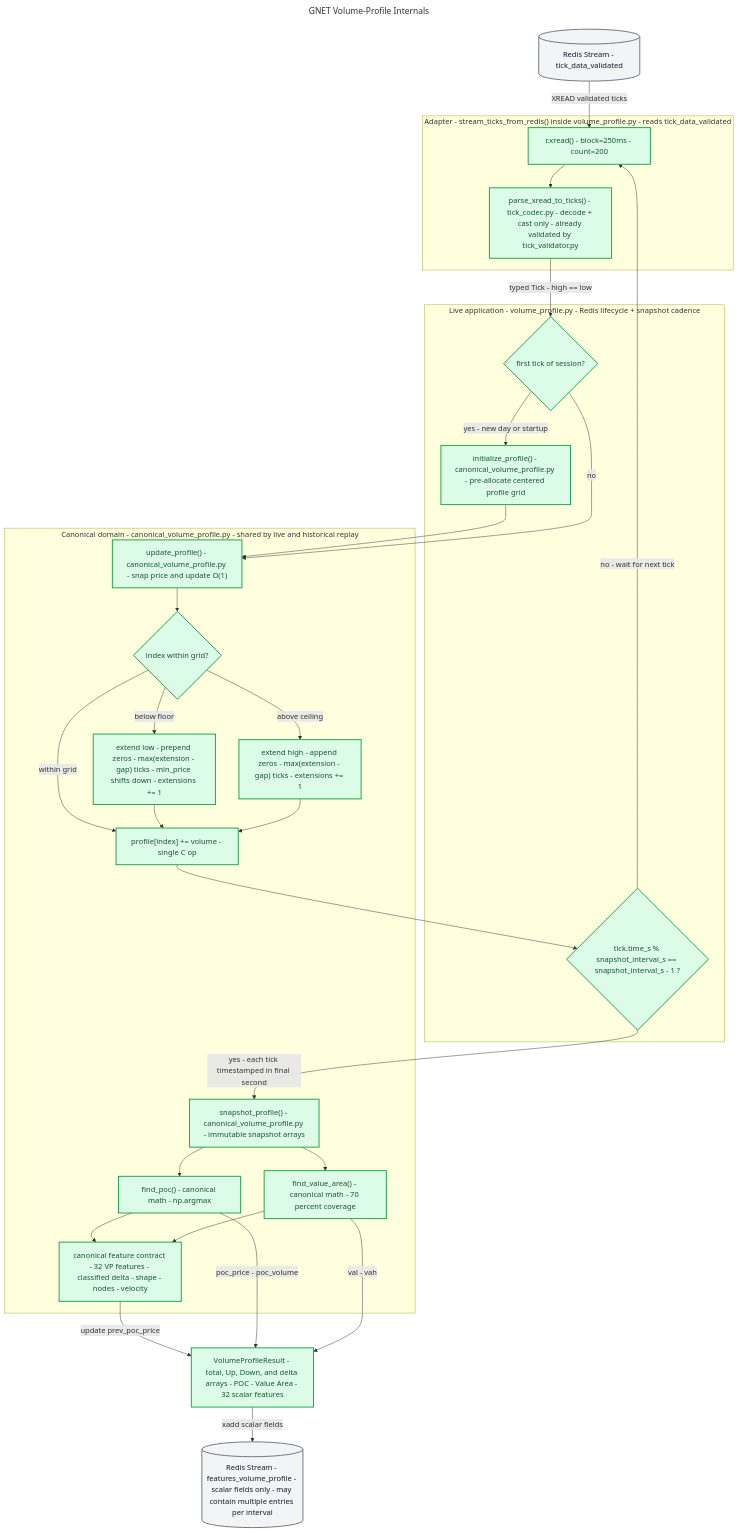
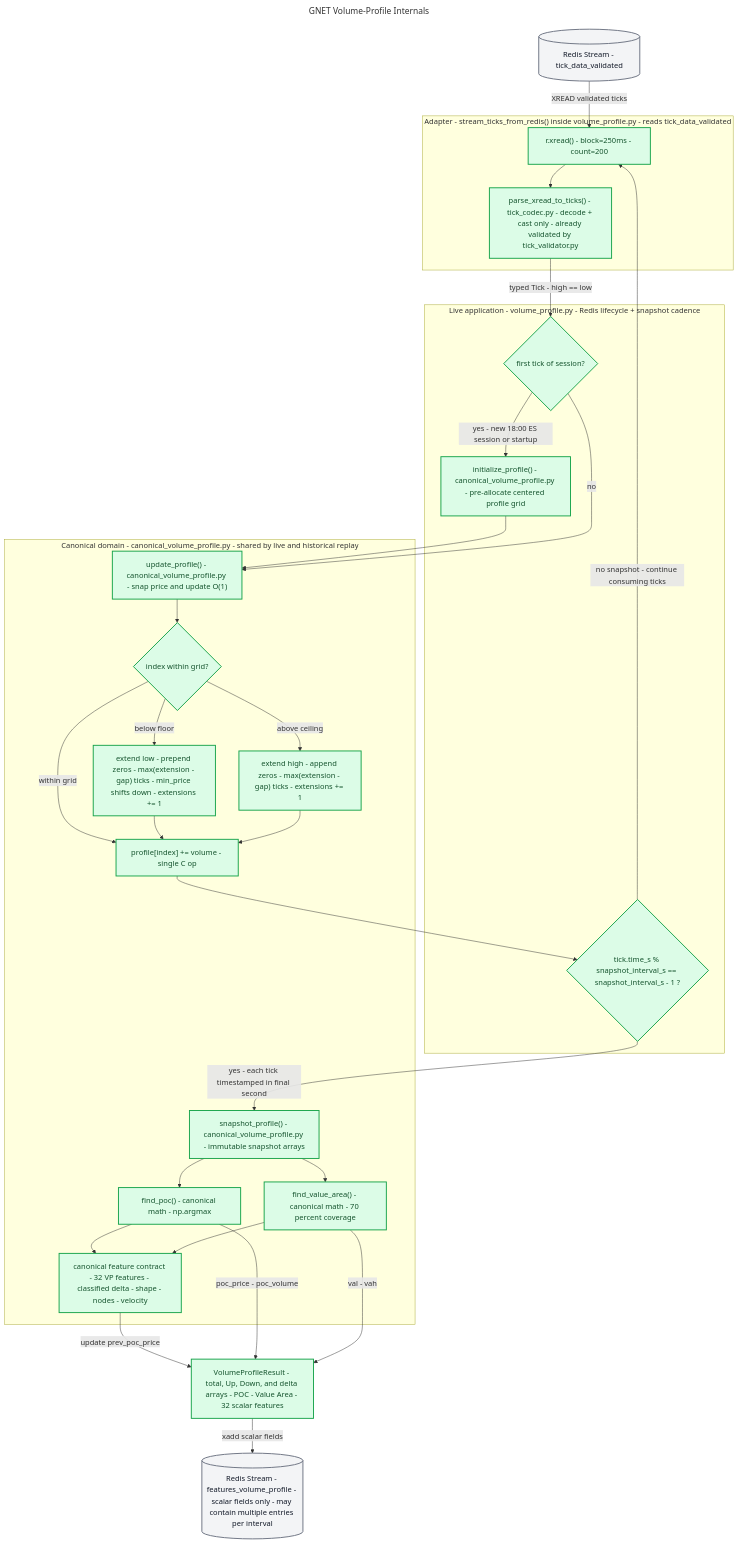
Before and after one commit to GGHOSTRADER/GNET: the diagram in diagrams/volume_profile.mmd, drawn with Mermaid. The commit also changed 18 other files, not shown here.

```diff
--- a/diagrams/volume_profile.mmd
+++ b/diagrams/volume_profile.mmd
@@ -1,84 +1,84 @@
 ---
 title: GNET Volume-Profile Internals
 config:
   themeCSS: |
     .titleText { font-size: 30px !important; font-weight: 700 !important; }
 ---
 flowchart TD
 
     REDIS_TICK[("Redis Stream - tick_data_validated")]
     XREAD["r.xread() - block=250ms - count=200"]
     PARSE["parse_xread_to_ticks() - tick_codec.py - decode + cast only - already validated by tick_validator.py"]
 
     FIRST{"first tick of session?"}
     INIT["initialize_profile() - canonical_volume_profile.py - pre-allocate centered profile grid"]
 
     UPDATE["update_profile() - canonical_volume_profile.py - snap price and update O(1)"]
     BOUNDS{"index within grid?"}
     ADD["profile[index] += volume - single C op"]
 
     EXTEND_LOW["extend low - prepend zeros - max(extension - gap) ticks - min_price shifts down - extensions += 1"]
     EXTEND_HIGH["extend high - append zeros - max(extension - gap) ticks - extensions += 1"]
 
     GATE{"tick.time_s % snapshot_interval_s == snapshot_interval_s - 1 ?"}
 
     SNAPSHOT["snapshot_profile() - canonical_volume_profile.py - immutable snapshot arrays"]
     POC["find_poc() - canonical math - np.argmax"]
     VA["find_value_area() - canonical math - 70 percent coverage"]
     DERIVED["canonical feature contract - 32 VP features - classified delta - shape - nodes - velocity"]
 
     RESULT["VolumeProfileResult - total, Up, Down, and delta arrays - POC - Value Area - 32 scalar features"]
 
     REDIS_OUT[("Redis Stream - features_volume_profile - scalar fields only - may contain multiple entries per interval")]
 
     REDIS_TICK -->|"XREAD validated ticks"| XREAD
     XREAD --> PARSE
     PARSE -->|"typed Tick - high == low"| FIRST
-    FIRST -->|"yes - new day or startup"| INIT
+    FIRST -->|"yes - new 18:00 ES session or startup"| INIT
     INIT --> UPDATE
     FIRST -->|"no"| UPDATE
     UPDATE --> BOUNDS
     BOUNDS -->|"within grid"| ADD
     BOUNDS -->|"below floor"| EXTEND_LOW
     BOUNDS -->|"above ceiling"| EXTEND_HIGH
     EXTEND_LOW --> ADD
     EXTEND_HIGH --> ADD
     ADD --> GATE
-    GATE -->|"no - wait for next tick"| XREAD
+    GATE -->|"no snapshot - continue consuming ticks"| XREAD
     GATE -->|"yes - each tick timestamped in final second"| SNAPSHOT
     SNAPSHOT --> POC
     SNAPSHOT --> VA
     POC --> DERIVED
     VA --> DERIVED
     DERIVED -->|"update prev_poc_price"| RESULT
     POC -->|"poc_price - poc_volume"| RESULT
     VA -->|"val - vah"| RESULT
     RESULT -->|"xadd scalar fields"| REDIS_OUT
 
     subgraph ADAPTER ["Adapter - stream_ticks_from_redis() inside volume_profile.py - reads tick_data_validated"]
         XREAD
         PARSE
     end
 
     subgraph APPLICATION ["Live application - volume_profile.py - Redis lifecycle + snapshot cadence"]
         FIRST
         INIT
         GATE
     end
 
     subgraph DOMAIN ["Canonical domain - canonical_volume_profile.py - shared by live and historical replay"]
         UPDATE
         BOUNDS
         ADD
         EXTEND_LOW
         EXTEND_HIGH
         SNAPSHOT
         POC
         VA
         DERIVED
     end
 
     classDef tickPath fill:#dcfce7,stroke:#16a34a,color:#14532d,stroke-width:2px
     classDef sharedPath fill:#f3f4f6,stroke:#6b7280,color:#111827,stroke-width:2px
     class XREAD,PARSE,FIRST,INIT,UPDATE,BOUNDS,ADD,EXTEND_LOW,EXTEND_HIGH,GATE,SNAPSHOT,POC,VA,DERIVED,RESULT tickPath
     class REDIS_TICK,REDIS_OUT sharedPath
```
